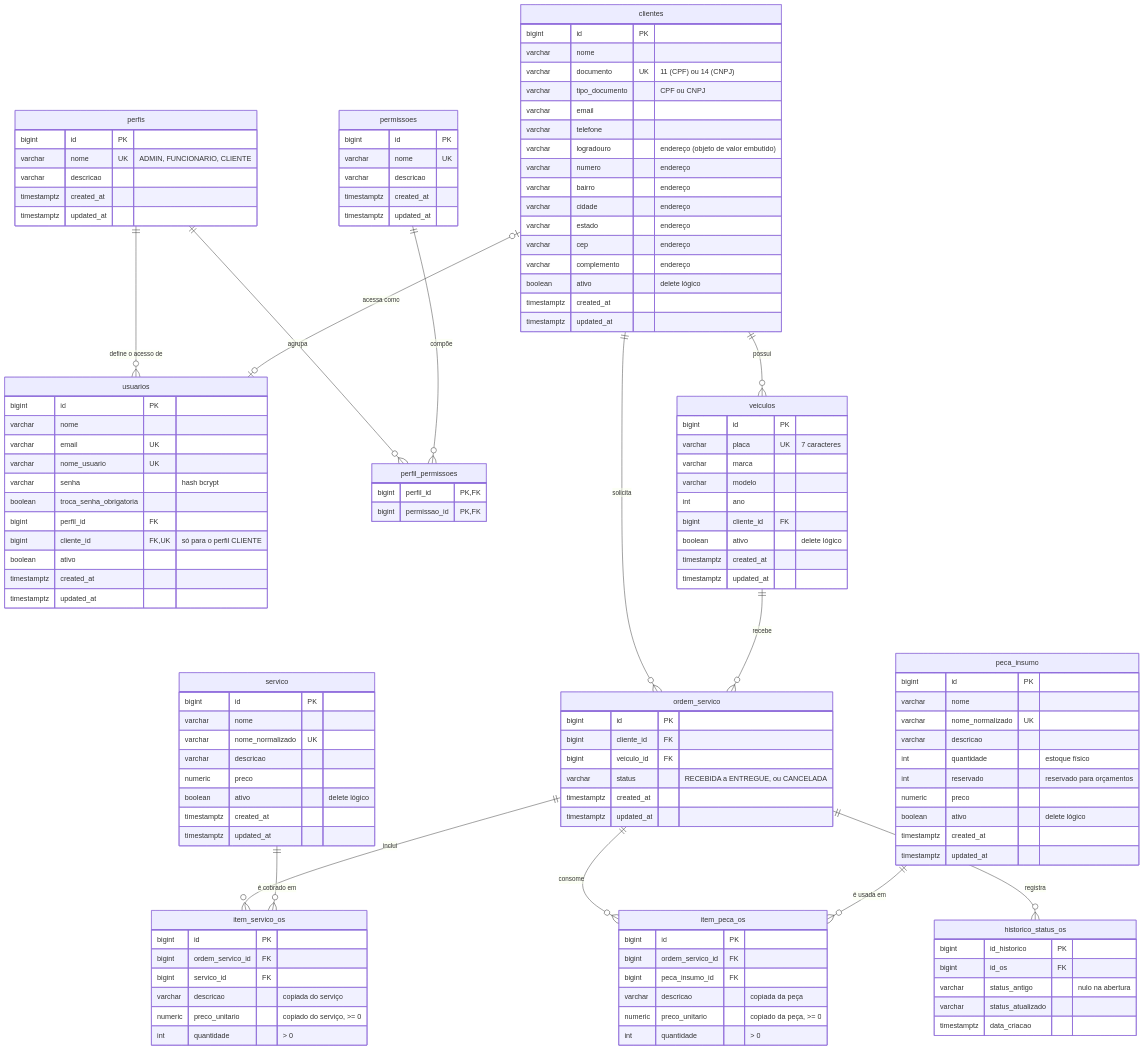
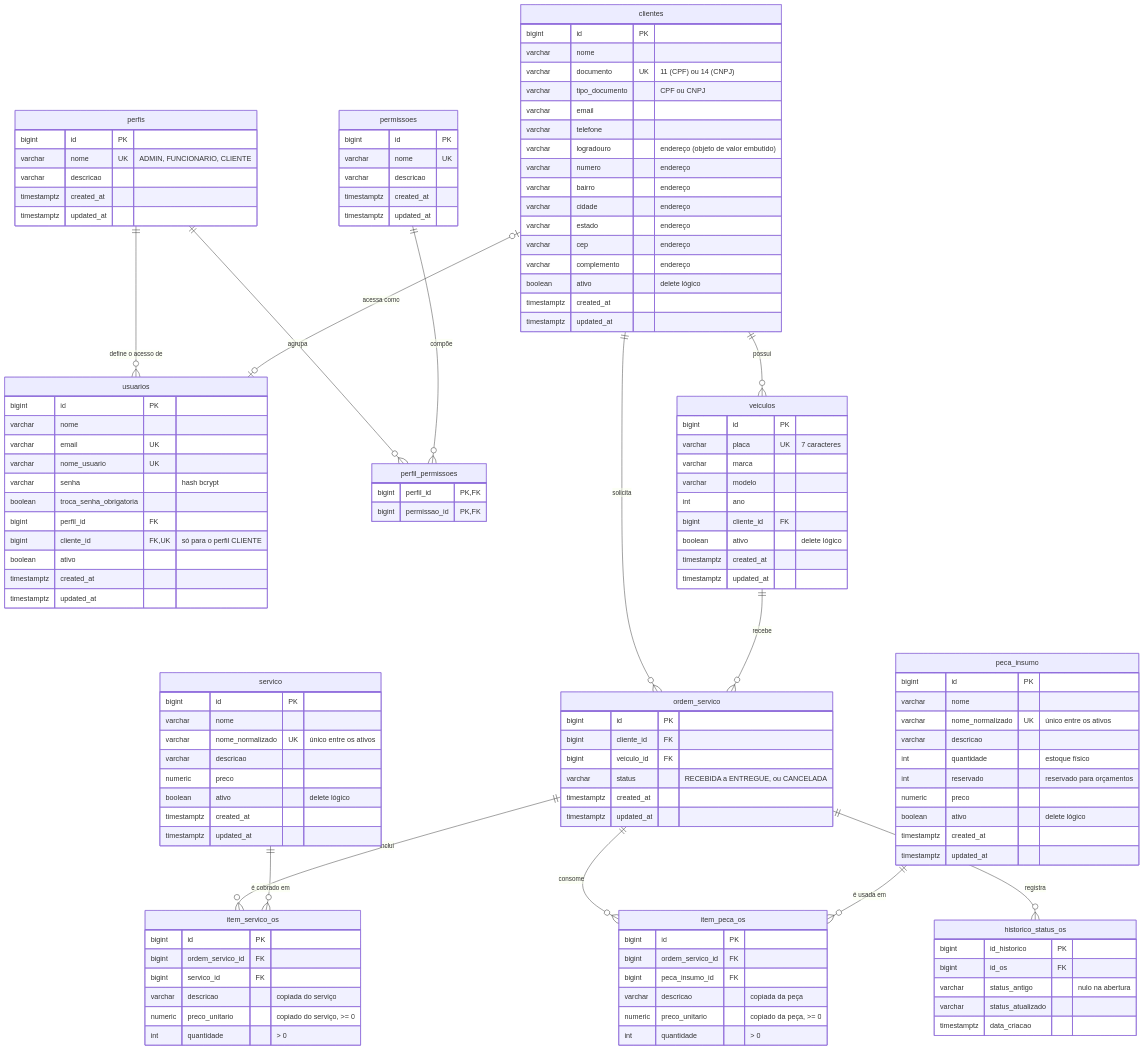
Before and after one commit to 18SOAT-Grupo-26/oficina-mecanica-api: the diagram in docs/arquitetura/der-banco-de-dados.md, drawn with Mermaid. The commit also changed other lines of this file and 2 other files, not shown here.

```diff
--- a/docs/arquitetura/der-banco-de-dados.md
+++ b/docs/arquitetura/der-banco-de-dados.md
@@ -91,7 +91,7 @@
     servico {
         bigint id PK
         varchar nome
-        varchar nome_normalizado UK
+        varchar nome_normalizado UK "único entre os ativos"
         varchar descricao
         numeric preco
         boolean ativo "delete lógico"
@@ -101,7 +101,7 @@
     peca_insumo {
         bigint id PK
         varchar nome
-        varchar nome_normalizado UK
+        varchar nome_normalizado UK "único entre os ativos"
         varchar descricao
         int quantidade "estoque físico"
         int reservado "reservado para orçamentos"
```
